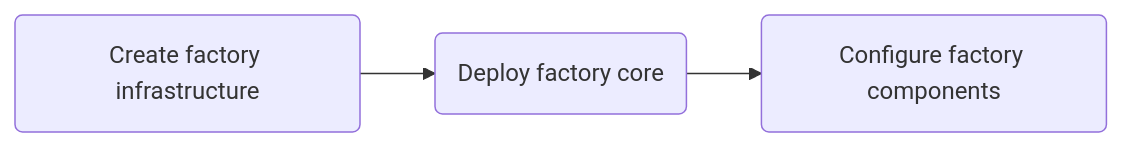
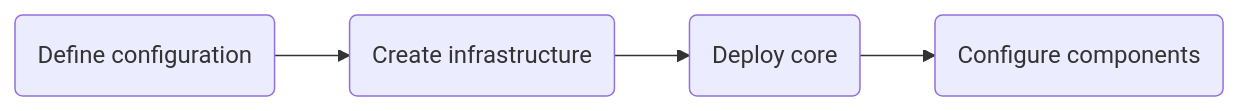
The first of 3 diagrams in docs/factory_journeys.md (ContinuousEngineeringProject/ContinuousEngineeringProject.github.io), drawn with Mermaid before and after one commit.

Commit message:
docs: update build the factory journey

````diff
--- a/docs/factory_journeys.md
+++ b/docs/factory_journeys.md
@@ -17,5 +17,6 @@
 ```mermaid
 flowchart LR
-    id1(Create factory infrastructure) --> id2(Deploy factory core)
-    id2 --> id3(Configure factory components)
+    id1(Define configuration) --> id2(Create infrastructure)
+    id2 --> id3(Deploy core)
+    id3 --> id4(Configure components)
 ```
````
